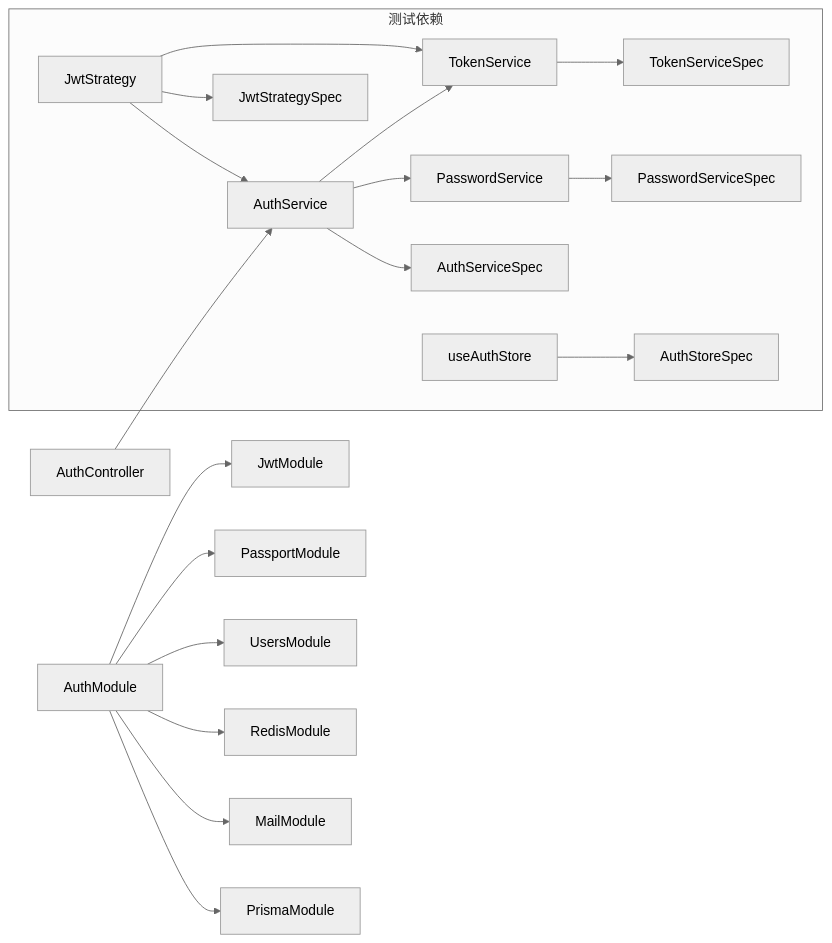
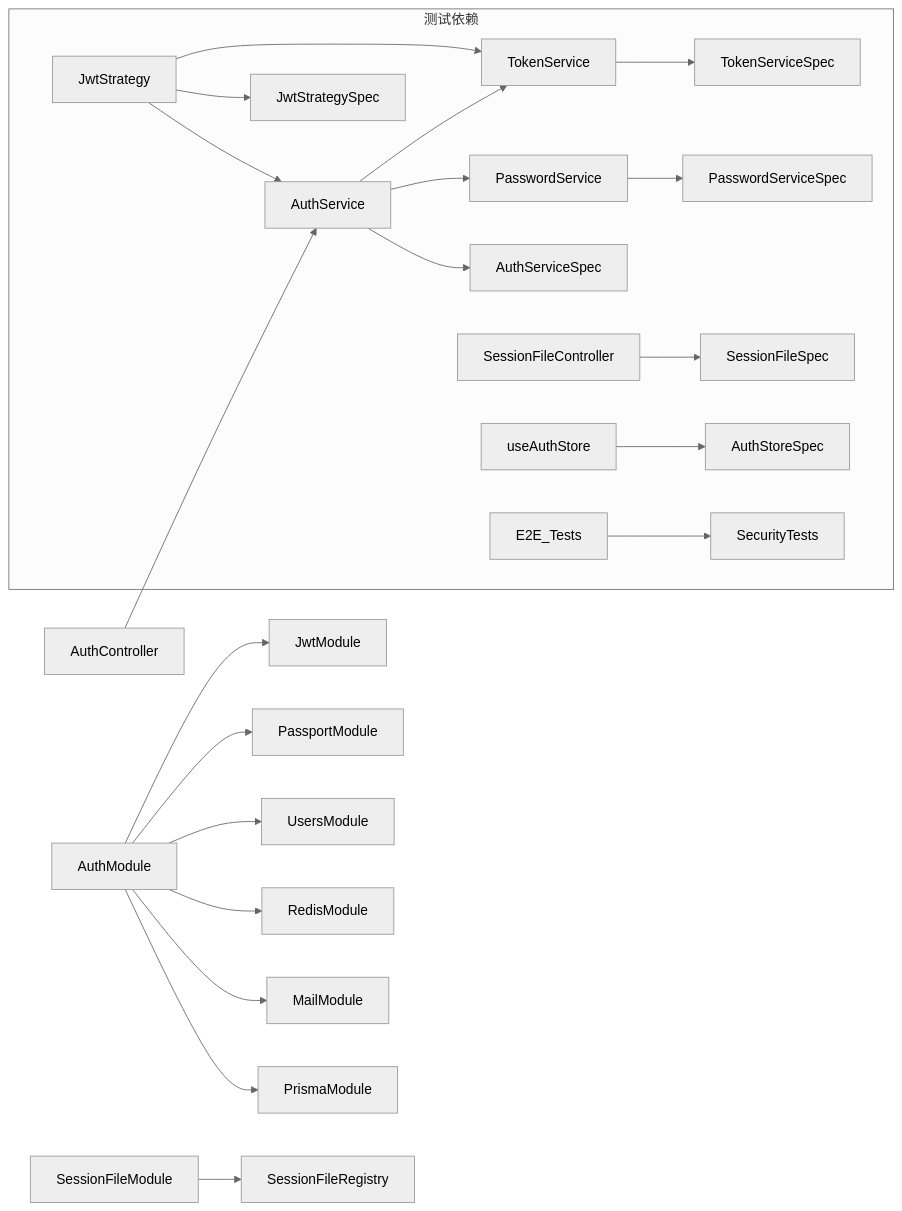
One commit to xixixiaoyu/Todo changed the tenth of 10 diagrams in .qoder/repowiki/zh/content/核心模块/用户认证系统/用户认证系统.md. Above: the diagram before and after it, drawn with Mermaid (neutral theme). The commit also changed other lines of this file and 6 other files, not shown here.

````diff
--- a/.qoder/repowiki/zh/content/核心模块/用户认证系统/用户认证系统.md
+++ b/.qoder/repowiki/zh/content/核心模块/用户认证系统/用户认证系统.md
@@ -480,21 +635,24 @@
 ```mermaid
 graph LR
 AuthModule --> JwtModule
 AuthModule --> PassportModule
 AuthModule --> UsersModule
 AuthModule --> RedisModule
 AuthModule --> MailModule
 AuthModule --> PrismaModule
 AuthController --> AuthService
 AuthService --> TokenService
 AuthService --> PasswordService
 JwtStrategy --> TokenService
 JwtStrategy --> AuthService
+SessionFileModule --> SessionFileRegistry
 subgraph "测试依赖"
 AuthService --> AuthServiceSpec
 TokenService --> TokenServiceSpec
 PasswordService --> PasswordServiceSpec
 JwtStrategy --> JwtStrategySpec
+SessionFileController --> SessionFileSpec
 useAuthStore --> AuthStoreSpec
+E2E_Tests --> SecurityTests
 end
 ```
````
